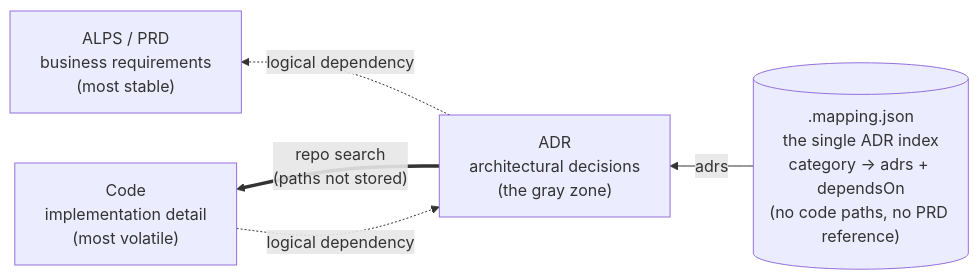
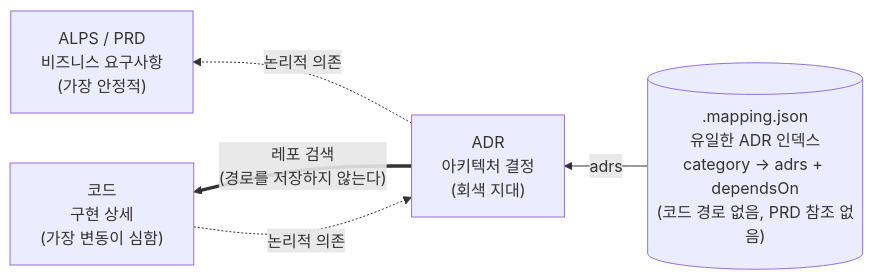
The eighth of 8 diagrams in docs/adr-process.md (haandol/alps-writer-mcp), drawn with Mermaid before and after one commit. The commit also changed other lines of this file, not shown here.

First line of the commit message:
docs(adr): translate the process overview to Korean and add a section index

````diff
--- a/docs/adr-process.md
+++ b/docs/adr-process.md
@@ -122,13 +381,13 @@
 ```mermaid
 flowchart RL
-    PRD["ALPS / PRD<br/>business requirements<br/>(most stable)"]
-    ADR["ADR<br/>architectural decisions<br/>(the gray zone)"]
-    Code["Code<br/>implementation detail<br/>(most volatile)"]
-    Mapping[(".mapping.json<br/>the single ADR index<br/>category → adrs + dependsOn<br/>(no code paths, no PRD reference)")]
+    PRD["ALPS / PRD<br/>비즈니스 요구사항<br/>(가장 안정적)"]
+    ADR["ADR<br/>아키텍처 결정<br/>(회색 지대)"]
+    Code["코드<br/>구현 상세<br/>(가장 변동이 심함)"]
+    Mapping[(".mapping.json<br/>유일한 ADR 인덱스<br/>category → adrs + dependsOn<br/>(코드 경로 없음, PRD 참조 없음)")]
 
-    Code -. logical dependency .-> ADR
-    ADR -. logical dependency .-> PRD
+    Code -. 논리적 의존 .-> ADR
+    ADR -. 논리적 의존 .-> PRD
 
     Mapping -- adrs --> ADR
-    ADR == "repo search<br/>(paths not stored)" ==> Code
+    ADR == "레포 검색<br/>(경로를 저장하지 않는다)" ==> Code
 ```
````
